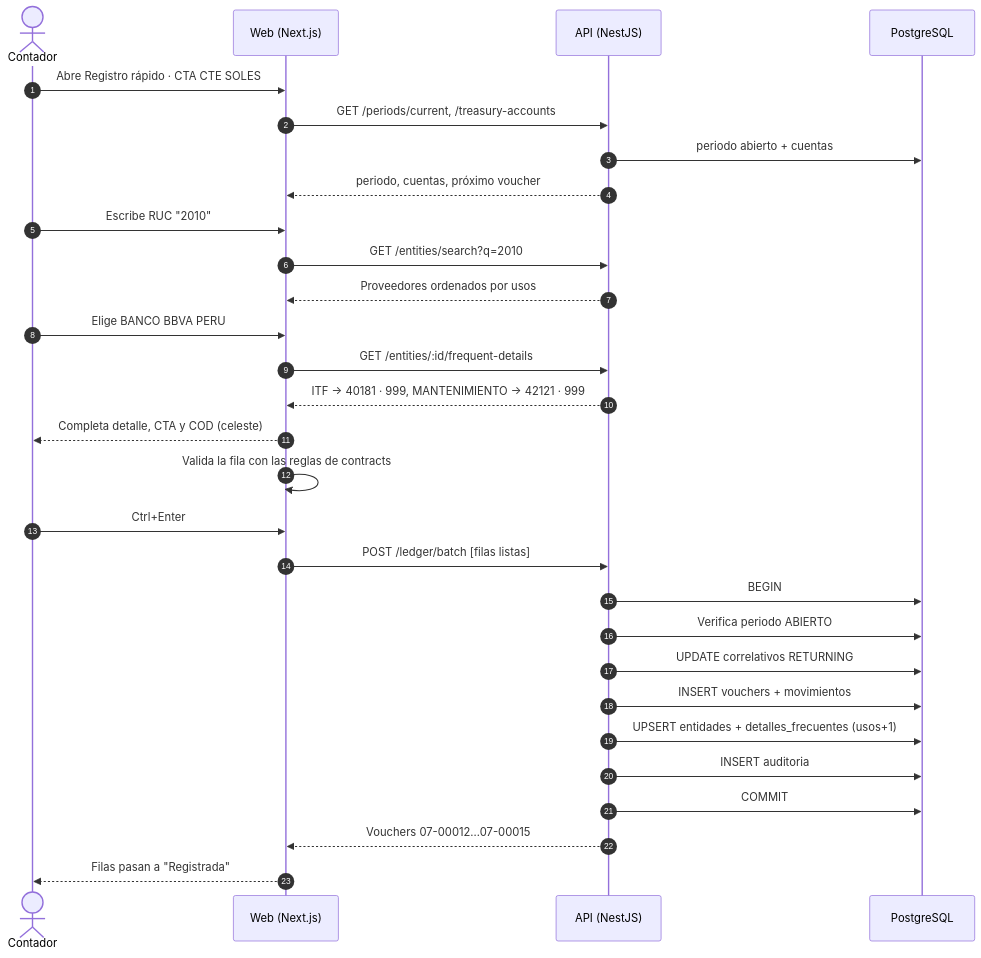
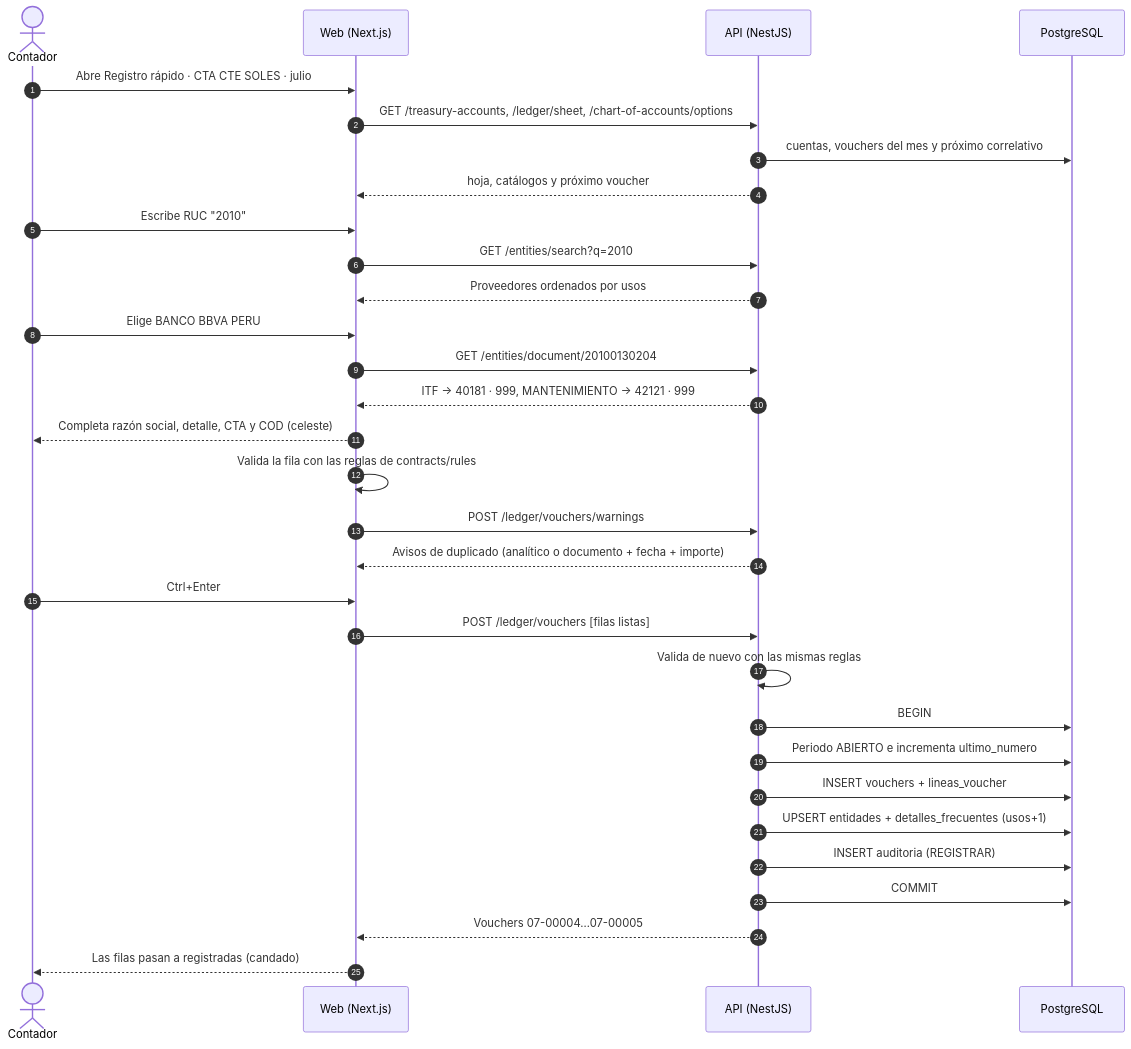
Before and after one commit to Jose27luis/conciliacion-bancaria: the tenth of 15 diagrams in README.md, drawn with Mermaid. The commit also changed other lines of this file, not shown here.

Commit message:
docs: documentar la fase 2 de registro rápido

````diff
--- a/README.md
+++ b/README.md
@@ -520,32 +505,34 @@
 ```mermaid
 sequenceDiagram
     autonumber
     actor C as Contador
     participant W as Web (Next.js)
     participant A as API (NestJS)
     participant DB as PostgreSQL
 
-    C->>W: Abre Registro rápido · CTA CTE SOLES
-    W->>A: GET /periods/current, /treasury-accounts
-    A->>DB: periodo abierto + cuentas
-    A-->>W: periodo, cuentas, próximo voucher
+    C->>W: Abre Registro rápido · CTA CTE SOLES · julio
+    W->>A: GET /treasury-accounts, /ledger/sheet, /chart-of-accounts/options
+    A->>DB: cuentas, vouchers del mes y próximo correlativo
+    A-->>W: hoja, catálogos y próximo voucher
     C->>W: Escribe RUC "2010"
     W->>A: GET /entities/search?q=2010
     A-->>W: Proveedores ordenados por usos
     C->>W: Elige BANCO BBVA PERU
-    W->>A: GET /entities/:id/frequent-details
+    W->>A: GET /entities/document/20100130204
     A-->>W: ITF → 40181 · 999, MANTENIMIENTO → 42121 · 999
-    W-->>C: Completa detalle, CTA y COD (celeste)
-    W->>W: Valida la fila con las reglas de contracts
+    W-->>C: Completa razón social, detalle, CTA y COD (celeste)
+    W->>W: Valida la fila con las reglas de contracts/rules
+    W->>A: POST /ledger/vouchers/warnings
+    A-->>W: Avisos de duplicado (analítico o documento + fecha + importe)
     C->>W: Ctrl+Enter
-    W->>A: POST /ledger/batch [filas listas]
+    W->>A: POST /ledger/vouchers [filas listas]
+    A->>A: Valida de nuevo con las mismas reglas
     A->>DB: BEGIN
-    A->>DB: Verifica periodo ABIERTO
-    A->>DB: UPDATE correlativos RETURNING
-    A->>DB: INSERT vouchers + movimientos
+    A->>DB: Periodo ABIERTO e incrementa ultimo_numero
+    A->>DB: INSERT vouchers + lineas_voucher
     A->>DB: UPSERT entidades + detalles_frecuentes (usos+1)
-    A->>DB: INSERT auditoria
+    A->>DB: INSERT auditoria (REGISTRAR)
     A->>DB: COMMIT
-    A-->>W: Vouchers 07-00012…07-00015
-    W-->>C: Filas pasan a "Registrada"
+    A-->>W: Vouchers 07-00004…07-00005
+    W-->>C: Las filas pasan a registradas (candado)
 ```
````
